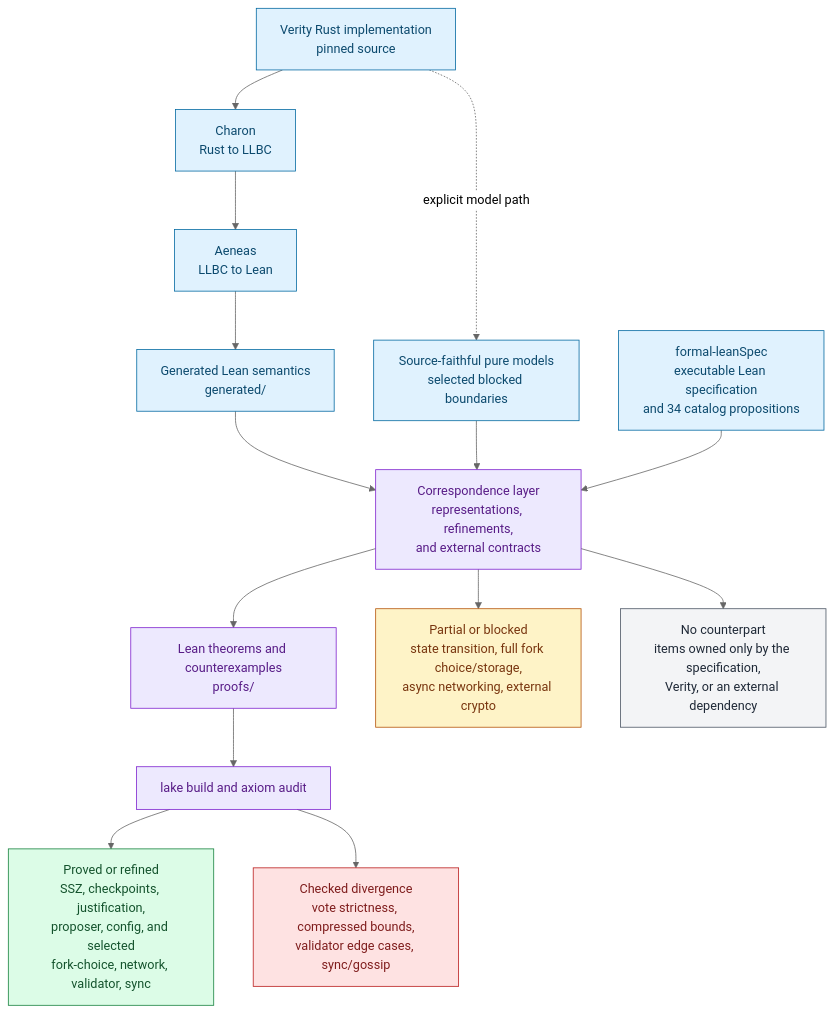
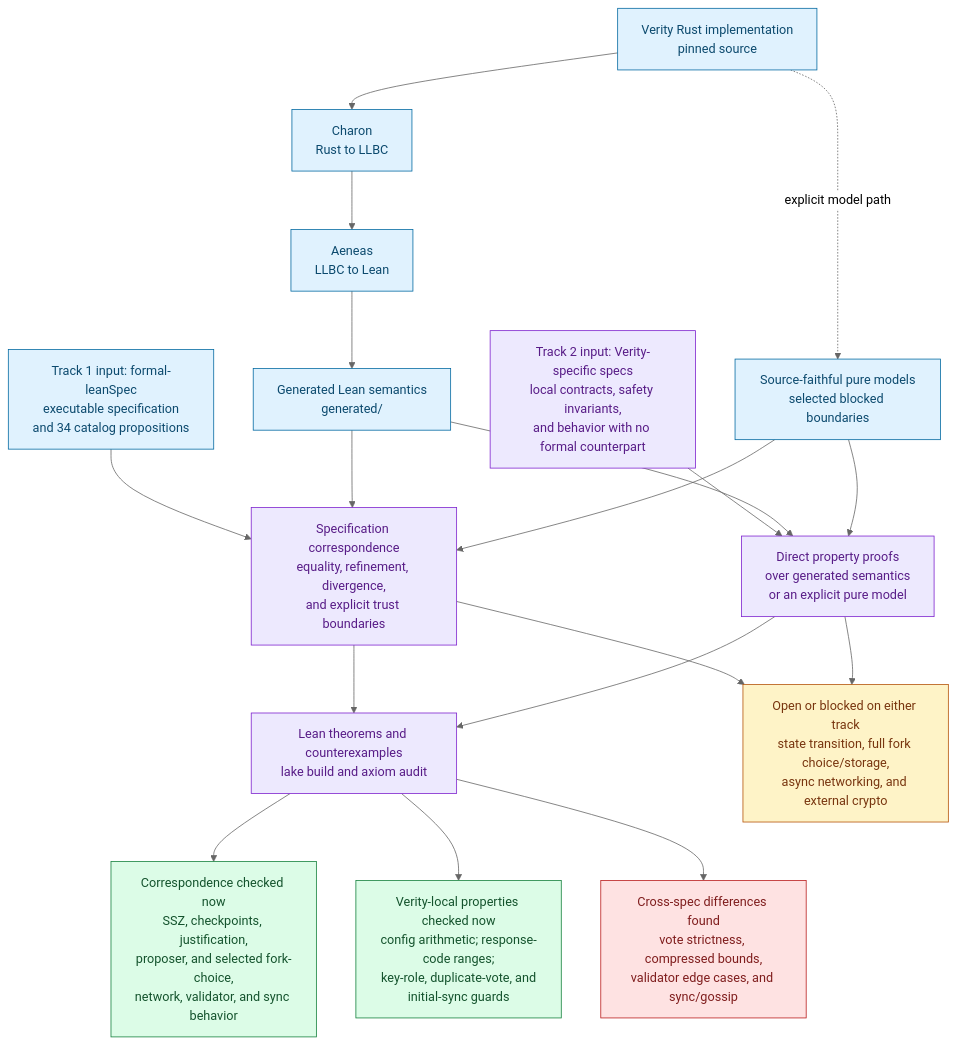
The diagram in README.md (NyxFoundation/verity-aeneas-proofs), drawn with Mermaid (neutral theme) before and after one commit. The commit also changed other lines of this file, not shown here.

Commit message:
docs: include Verity-specific proof track

````diff
--- a/README.md
+++ b/README.md
@@ -21,35 +23,45 @@
 ```mermaid
 flowchart TB
     V["Verity Rust implementation<br/>pinned source"]
     C["Charon<br/>Rust to LLBC"]
     A["Aeneas<br/>LLBC to Lean"]
     G["Generated Lean semantics<br/>generated/"]
     M["Source-faithful pure models<br/>selected blocked boundaries"]
-    S["formal-leanSpec<br/>executable Lean specification<br/>and 34 catalog propositions"]
-    R["Correspondence layer<br/>representations, refinements,<br/>and external contracts"]
-    P["Lean theorems and counterexamples<br/>proofs/"]
-    Q["lake build and axiom audit"]
 
-    V --> C --> A --> G --> R
-    V -. "explicit model path" .-> M --> R
-    S --> R --> P --> Q
+    V --> C --> A --> G
+    V -. "explicit model path" .-> M
 
-    Q --> OK["Proved or refined<br/>SSZ, checkpoints, justification,<br/>proposer, config, and selected<br/>fork-choice, network, validator, sync"]
-    R --> PART["Partial or blocked<br/>state transition, full fork choice/storage,<br/>async networking, external crypto"]
-    Q --> DIV["Checked divergence<br/>vote strictness, compressed bounds,<br/>validator edge cases, sync/gossip"]
-    R --> NONE["No counterpart<br/>items owned only by the specification,<br/>Verity, or an external dependency"]
+    S["Track 1 input: formal-leanSpec<br/>executable specification<br/>and 34 catalog propositions"]
+    X["Specification correspondence<br/>equality, refinement, divergence,<br/>and explicit trust boundaries"]
+    VS["Track 2 input: Verity-specific specs<br/>local contracts, safety invariants,<br/>and behavior with no formal counterpart"]
+    L["Direct property proofs<br/>over generated semantics<br/>or an explicit pure model"]
+
+    S --> X
+    G --> X
+    M --> X
+    VS --> L
+    G --> L
+    M --> L
+
+    Q["Lean theorems and counterexamples<br/>lake build and axiom audit"]
+    X --> Q
+    L --> Q
+
+    Q --> CROSS["Correspondence checked now<br/>SSZ, checkpoints, justification,<br/>proposer, and selected fork-choice,<br/>network, validator, and sync behavior"]
+    Q --> LOCAL["Verity-local properties checked now<br/>config arithmetic; response-code ranges;<br/>key-role, duplicate-vote, and<br/>initial-sync guards"]
+    Q --> DIV["Cross-spec differences found<br/>vote strictness, compressed bounds,<br/>validator edge cases, and sync/gossip"]
+    X --> OPEN["Open or blocked on either track<br/>state transition, full fork choice/storage,<br/>async networking, and external crypto"]
+    L --> OPEN
 
     classDef source fill:#e0f2fe,stroke:#0369a1,color:#0c4a6e
     classDef proof fill:#ede9fe,stroke:#7e22ce,color:#581c87
     classDef proved fill:#dcfce7,stroke:#15803d,color:#14532d
     classDef partial fill:#fef3c7,stroke:#b45309,color:#78350f
     classDef divergence fill:#fee2e2,stroke:#b91c1c,color:#7f1d1d
-    classDef neutral fill:#f3f4f6,stroke:#4b5563,color:#1f2937
 
     class V,C,A,G,M,S source
-    class R,P,Q proof
-    class OK proved
-    class PART partial
+    class X,VS,L,Q proof
+    class CROSS,LOCAL proved
+    class OPEN partial
     class DIV divergence
-    class NONE neutral
 ```
````
